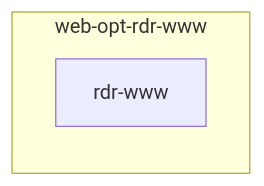
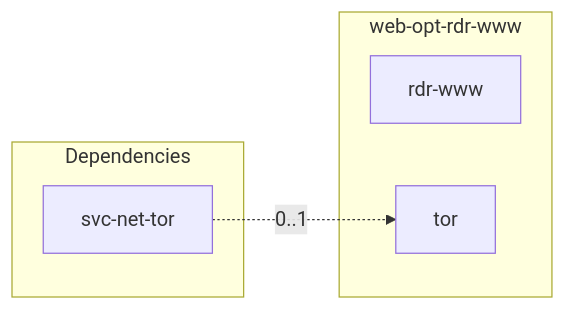
One commit to infinito-nexus/core changed the diagram in roles/web-opt-rdr-www/README.md. Above: the diagram before and after it, drawn with Mermaid. The commit also changed 101 other files, not shown here.

````diff
--- a/roles/web-opt-rdr-www/README.md
+++ b/roles/web-opt-rdr-www/README.md
@@ -23,6 +23,11 @@
 ```mermaid
 flowchart LR
+    subgraph deps [Dependencies]
+        dep_svc_net_tor["svc-net-tor"]
+    end
     subgraph role [web-opt-rdr-www]
         svc_rdr_www["rdr-www"]
+        svc_tor["tor"]
     end
+    dep_svc_net_tor -. "0..1" .-> svc_tor
 ```
````
